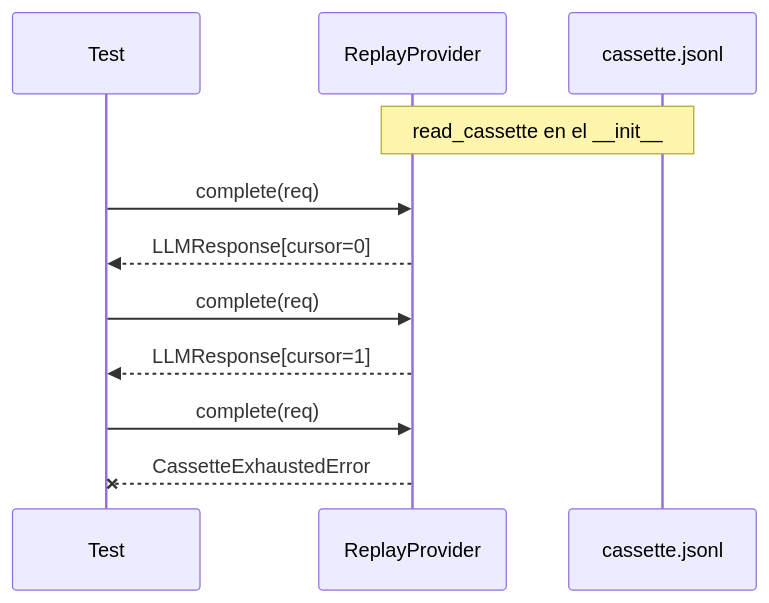
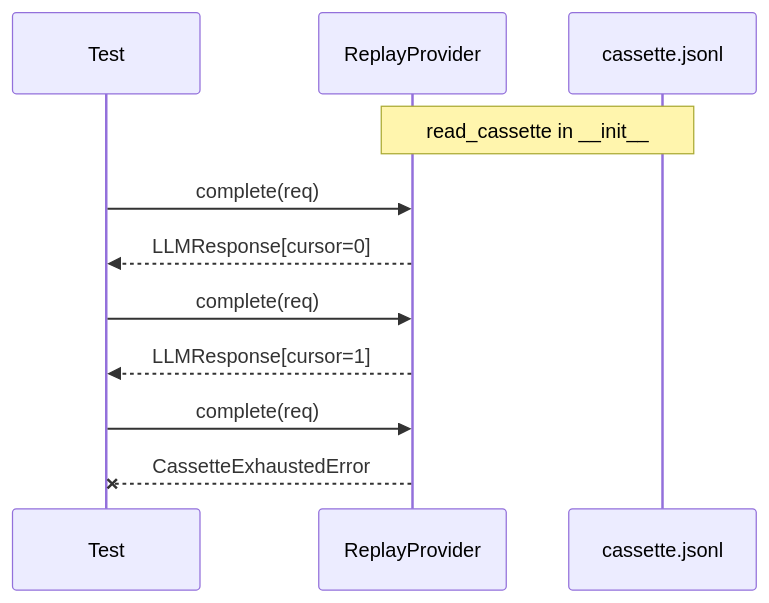
The third of 3 diagrams in docs/replay/index.md (phronesis-framework/phronesis-framework), drawn with Mermaid before and after one commit. The commit also changed other lines of this file and 17 other files, not shown here.

Commit message:
feat(docs): translate docs to english and replace ascii diagrams with mermaid

````diff
--- a/docs/replay/index.md
+++ b/docs/replay/index.md
@@ -176,14 +180,14 @@
 ```mermaid
 sequenceDiagram
     participant Test
     participant Replay as ReplayProvider
     participant Cassette as cassette.jsonl
 
-    Note over Replay,Cassette: read_cassette en el __init__
+    Note over Replay,Cassette: read_cassette in __init__
     Test->>Replay: complete(req)
     Replay-->>Test: LLMResponse[cursor=0]
     Test->>Replay: complete(req)
     Replay-->>Test: LLMResponse[cursor=1]
     Test->>Replay: complete(req)
     Replay--xTest: CassetteExhaustedError
 ```
````
